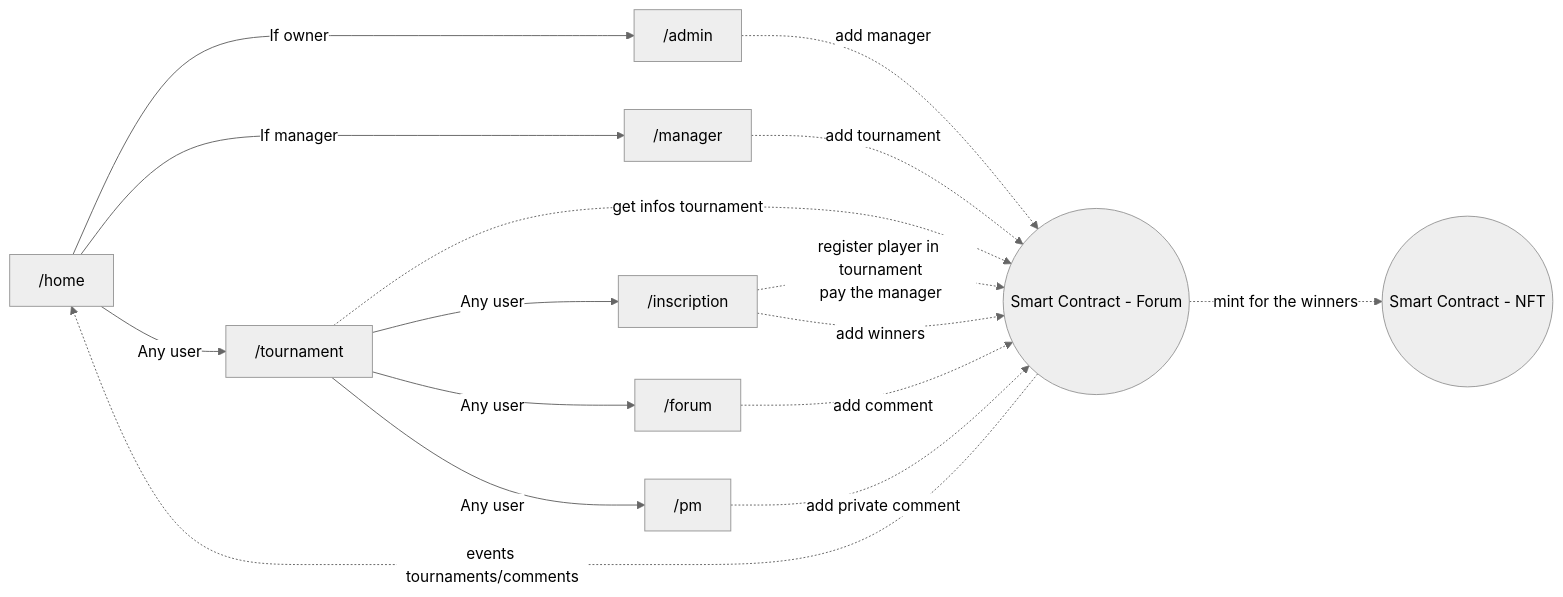
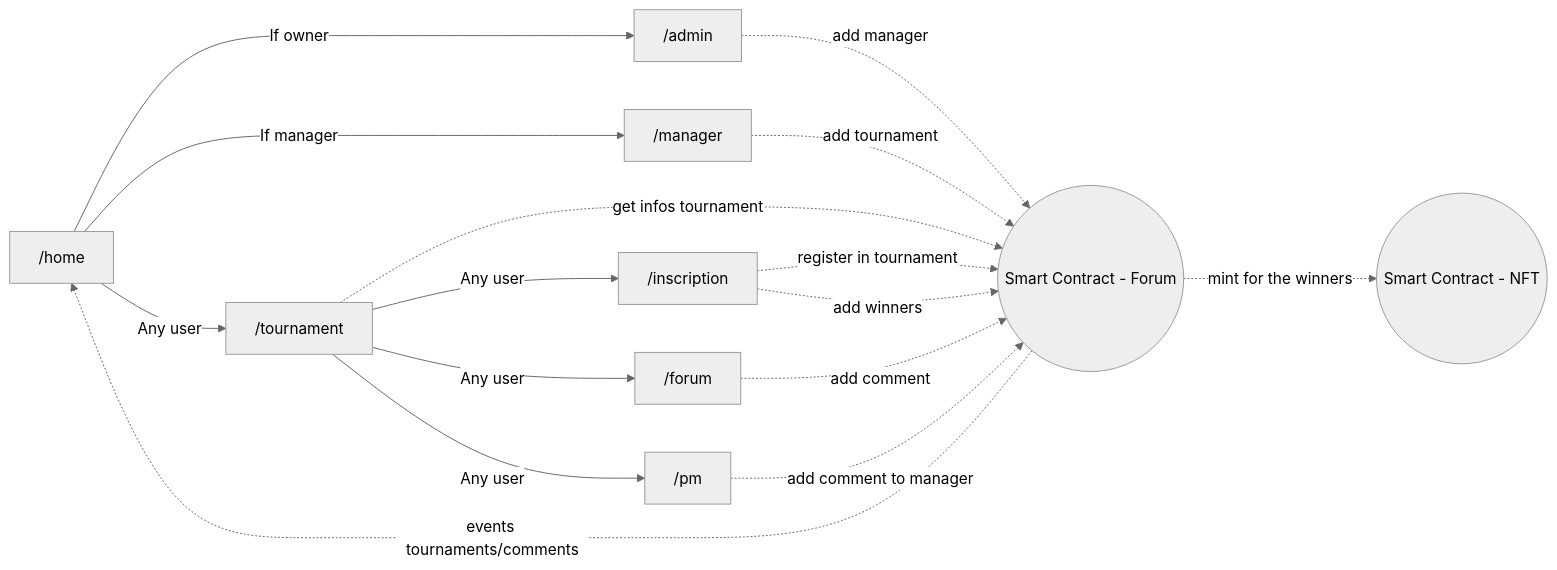
One commit to mickablondo/PadelConnect changed the diagram in README.md. Above: the diagram before and after it, drawn with Mermaid (neutral theme).

Commit message:
Correction schéma

````diff
--- a/README.md
+++ b/README.md
@@ -29,18 +29,18 @@
 ```mermaid
 flowchart >
     A[ /home] -->|If owner| B[ /admin]
     A -->|If manager| C[ /manager]
     A -->|Any user| D[ /tournament] 
     D -->|Any user| E[ /inscription]
     D -->|Any user| F[ /forum]
     D -->|Any user| G[ /pm]
     B -.->|add manager| I((Smart Contract - Forum))
     C -.->|add tournament| I
     D -.->|get infos tournament| I
-    E -.->|register player in tournament<br/>pay the manager| I
+    E -.->|register in tournament| I
     E -.->|add winners| I
     F -.->|add comment| I
-    G -.->|add private comment| I
+    G -.->|add comment to manager| I
     I -.->|mint for the winners| J((Smart Contract - NFT))
     I -.->|events tournaments/comments| A
 ```
````
